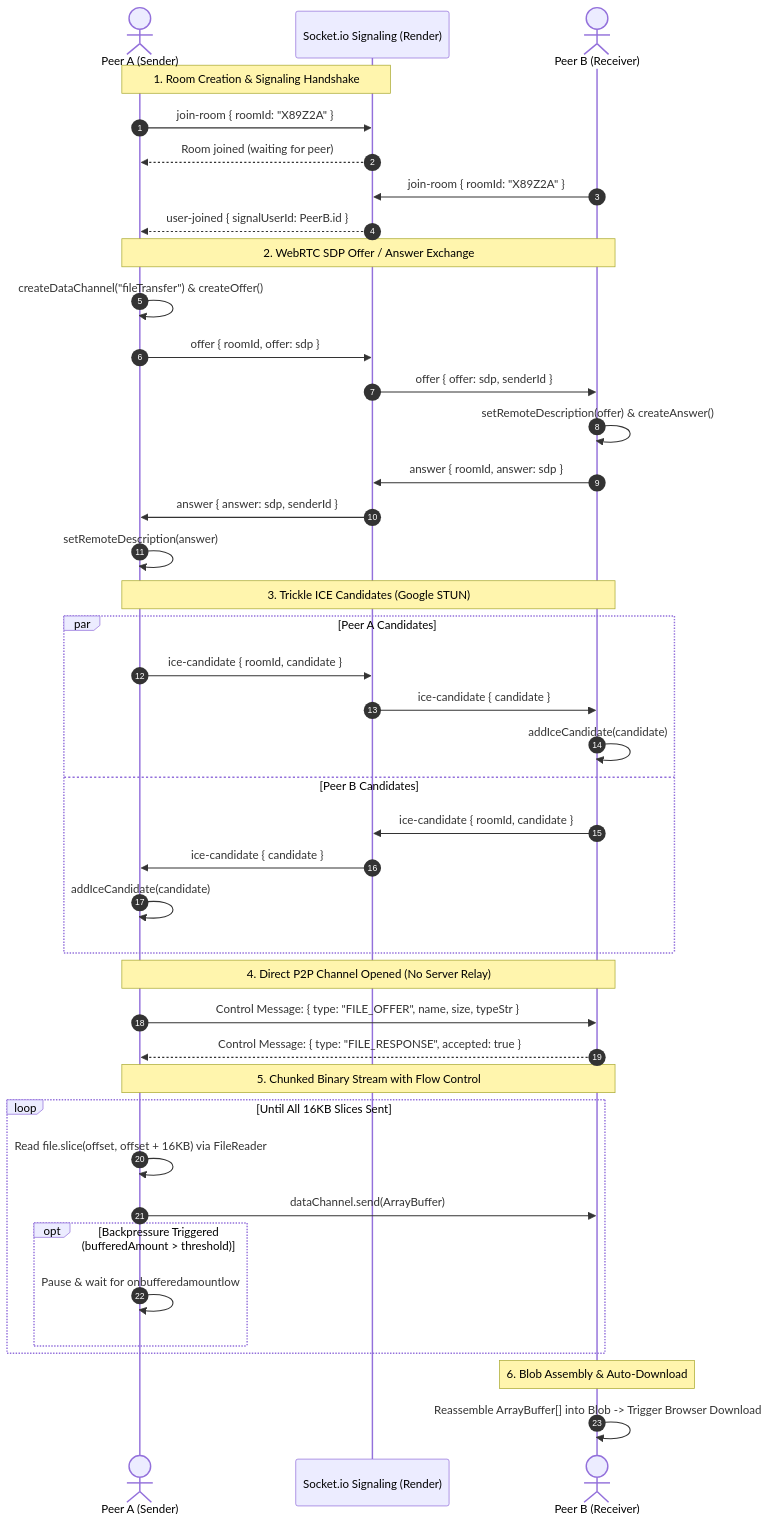
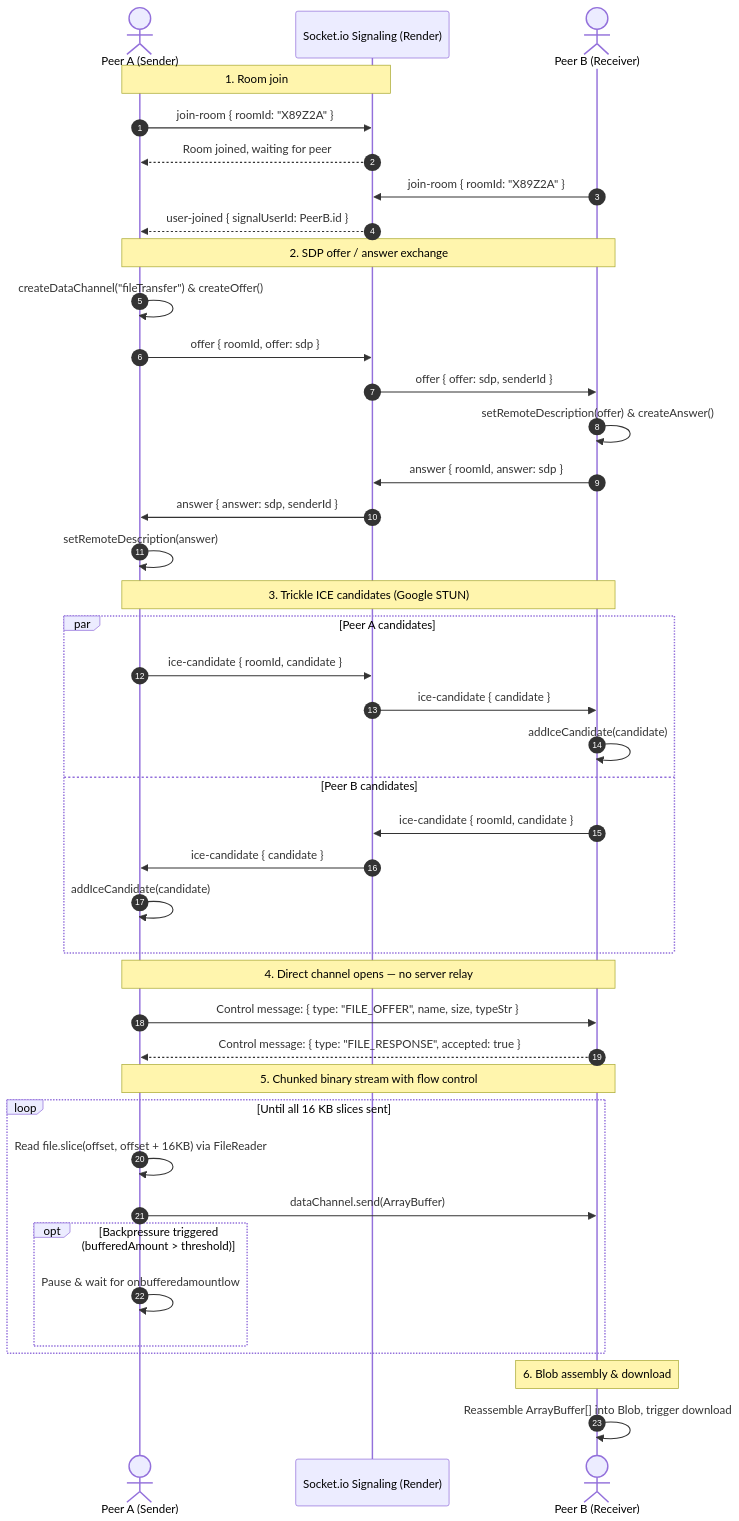
Before and after one commit to fahimx51/passlink: the second of 2 diagrams in README.md, drawn with Mermaid. The commit also changed other lines of this file, not shown here.

````diff
--- a/README.md
+++ b/README.md
@@ -144,49 +139,49 @@
 ```mermaid
 sequenceDiagram
     autonumber
     actor PeerA as Peer A (Sender)
     participant Socket as Socket.io Signaling (Render)
     actor PeerB as Peer B (Receiver)
 
-    Note over PeerA,Socket: 1. Room Creation & Signaling Handshake
+    Note over PeerA,Socket: 1. Room join
     PeerA->>Socket: join-room { roomId: "X89Z2A" }
-    Socket-->>PeerA: Room joined (waiting for peer)
+    Socket-->>PeerA: Room joined, waiting for peer
     PeerB->>Socket: join-room { roomId: "X89Z2A" }
     Socket-->>PeerA: user-joined { signalUserId: PeerB.id }
 
-    Note over PeerA,PeerB: 2. WebRTC SDP Offer / Answer Exchange
+    Note over PeerA,PeerB: 2. SDP offer / answer exchange
     PeerA->>PeerA: createDataChannel("fileTransfer") & createOffer()
     PeerA->>Socket: offer { roomId, offer: sdp }
     Socket->>PeerB: offer { offer: sdp, senderId }
     PeerB->>PeerB: setRemoteDescription(offer) & createAnswer()
     PeerB->>Socket: answer { roomId, answer: sdp }
     Socket->>PeerA: answer { answer: sdp, senderId }
     PeerA->>PeerA: setRemoteDescription(answer)
 
-    Note over PeerA,PeerB: 3. Trickle ICE Candidates (Google STUN)
-    par Peer A Candidates
+    Note over PeerA,PeerB: 3. Trickle ICE candidates (Google STUN)
+    par Peer A candidates
         PeerA->>Socket: ice-candidate { roomId, candidate }
         Socket->>PeerB: ice-candidate { candidate }
         PeerB->>PeerB: addIceCandidate(candidate)
-    and Peer B Candidates
+    and Peer B candidates
         PeerB->>Socket: ice-candidate { roomId, candidate }
         Socket->>PeerA: ice-candidate { candidate }
         PeerA->>PeerA: addIceCandidate(candidate)
     end
 
-    Note over PeerA,PeerB: 4. Direct P2P Channel Opened (No Server Relay)
-    PeerA->>PeerB: Control Message: { type: "FILE_OFFER", name, size, typeStr }
-    PeerB-->>PeerA: Control Message: { type: "FILE_RESPONSE", accepted: true }
+    Note over PeerA,PeerB: 4. Direct channel opens — no server relay
+    PeerA->>PeerB: Control message: { type: "FILE_OFFER", name, size, typeStr }
+    PeerB-->>PeerA: Control message: { type: "FILE_RESPONSE", accepted: true }
 
-    Note over PeerA,PeerB: 5. Chunked Binary Stream with Flow Control
-    loop Until All 16KB Slices Sent
+    Note over PeerA,PeerB: 5. Chunked binary stream with flow control
+    loop Until all 16 KB slices sent
         PeerA->>PeerA: Read file.slice(offset, offset + 16KB) via FileReader
         PeerA->>PeerB: dataChannel.send(ArrayBuffer)
-        opt Backpressure Triggered (bufferedAmount > threshold)
+        opt Backpressure triggered (bufferedAmount > threshold)
             PeerA->>PeerA: Pause & wait for onbufferedamountlow
         end
     end
 
-    Note over PeerB: 6. Blob Assembly & Auto-Download
-    PeerB->>PeerB: Reassemble ArrayBuffer[] into Blob -> Trigger Browser Download
+    Note over PeerB: 6. Blob assembly & download
+    PeerB->>PeerB: Reassemble ArrayBuffer[] into Blob, trigger download
 ```
````
